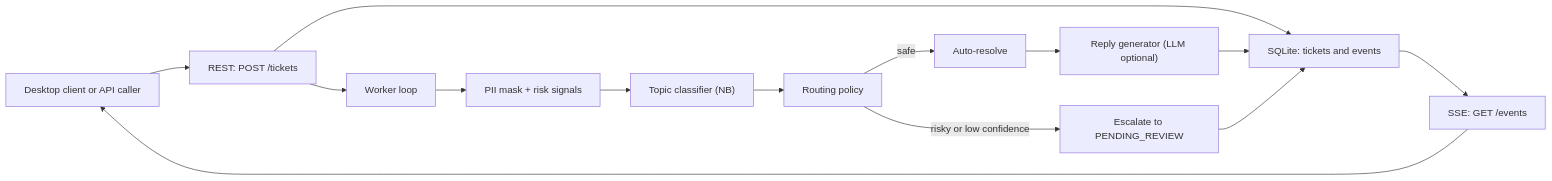
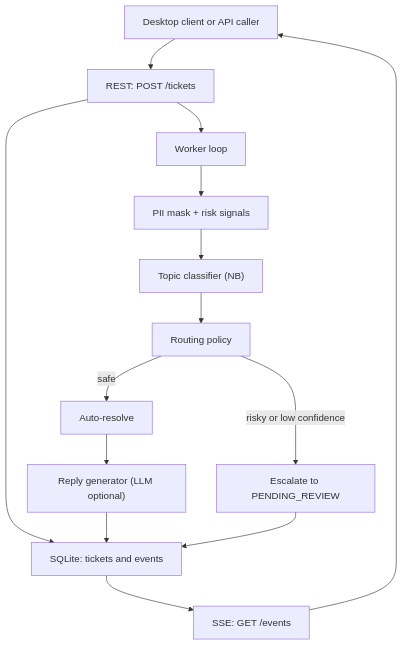
Before and after one commit to Tolia-GH/AI-EnterExam-Task2: the diagram in docs/architecture.md, drawn with Mermaid.

````diff
--- a/docs/architecture.md
+++ b/docs/architecture.md
@@ -78,20 +78,20 @@
 ```mermaid
-flowchart LR
+flowchart TD
     A["Desktop client or API caller"] --> B["REST: POST /tickets"]
     B --> C["SQLite: tickets and events"]
     B --> D["Worker loop"]
 
     D --> E["PII mask + risk signals"]
     E --> F["Topic classifier (NB)"]
     F --> G["Routing policy"]
 
     G -->|safe| H["Auto-resolve"]
     G -->|risky or low confidence| I["Escalate to PENDING_REVIEW"]
 
     H --> K["Reply generator (LLM optional)"]
     K --> C
     I --> C
 
     C --> J["SSE: GET /events"]
     J --> A
 ```
````
